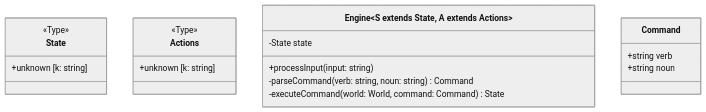
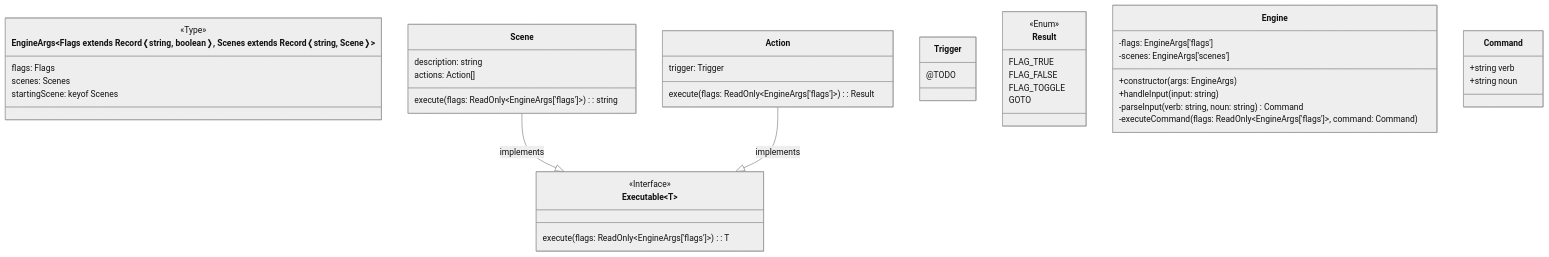
The diagram in README.md (flipactual/text-adventure-experiment), drawn with Mermaid (neutral theme) before and after one commit.

````diff
--- a/README.md
+++ b/README.md
@@ -3,21 +3,46 @@
 ```mermaid
 classDiagram
-class State {
+class EngineArgs~Flags extends Record❬string, boolean❭, Scenes extends Record❬string, Scene❭~ {
   <<Type>>
-  +unknown [k: string]
+  flags: Flags
+  scenes: Scenes
+  startingScene: keyof Scenes
 }
-class Actions {
-  <<Type>>
-  +unknown [k: string]
+class Executable~T~ {
+  <<Interface>>
+  execute(flags: ReadOnly~EngineArgs['flags']~) : T
 }
-class Engine~S extends State, A extends Actions~ {
-  -State state
-  +processInput(input: string)
-  -parseCommand(verb: string, noun: string) Command
-  -executeCommand(world: World, command: Command) State
+class Scene {
+  description: string
+  actions: Action[]
+  execute(flags: ReadOnly~EngineArgs['flags']~) : string
+}
+Scene --|> Executable : implements
+class Action {
+  trigger: Trigger
+  execute(flags: ReadOnly~EngineArgs['flags']~) : Result
+}
+Action --|> Executable : implements
+class Trigger {
+  @TODO
+}
+class Result {
+  <<Enum>>
+  FLAG_TRUE
+  FLAG_FALSE
+  FLAG_TOGGLE
+  GOTO
+}
+class Engine {
+  -flags: EngineArgs['flags']
+  -scenes: EngineArgs['scenes']
+  +constructor(args: EngineArgs)
+  +handleInput(input: string)
+  -parseInput(verb: string, noun: string) Command
+  -executeCommand(flags: ReadOnly~EngineArgs['flags']~, command: Command)
 }
 class Command {
   +string verb
   +string noun
 }
 ```
````
